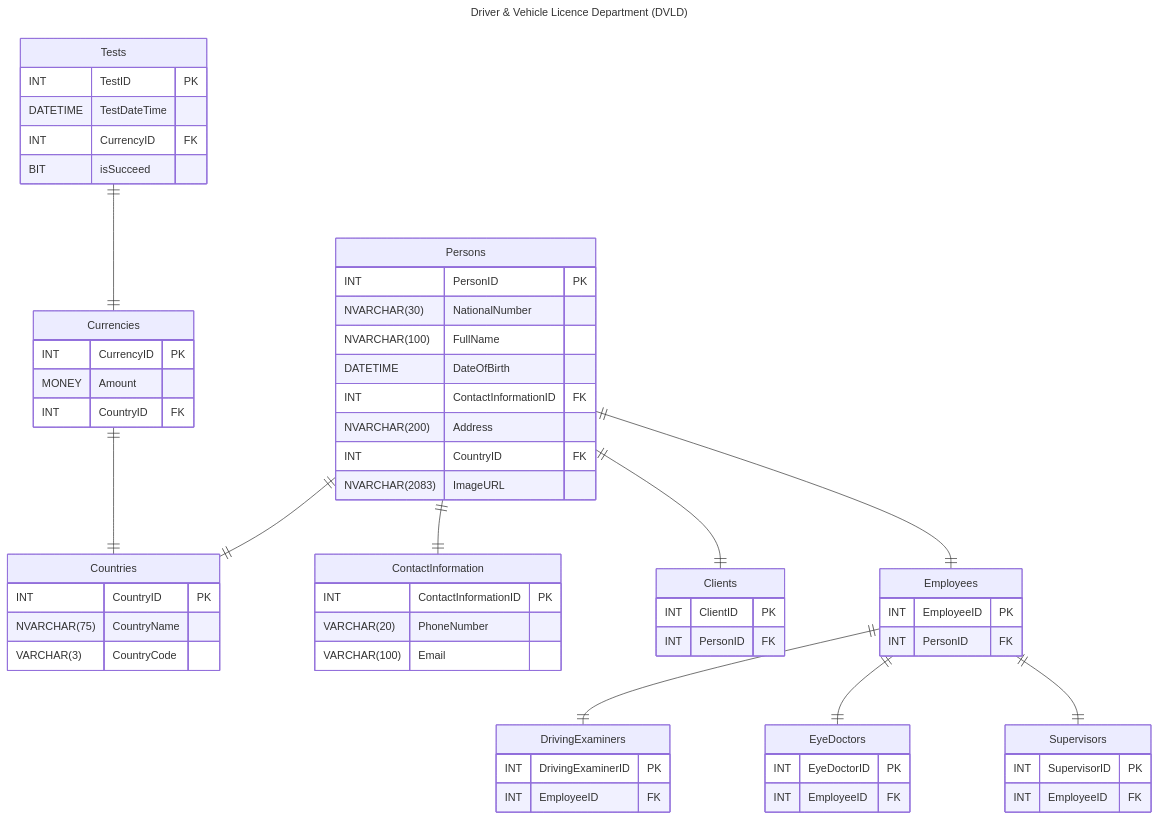
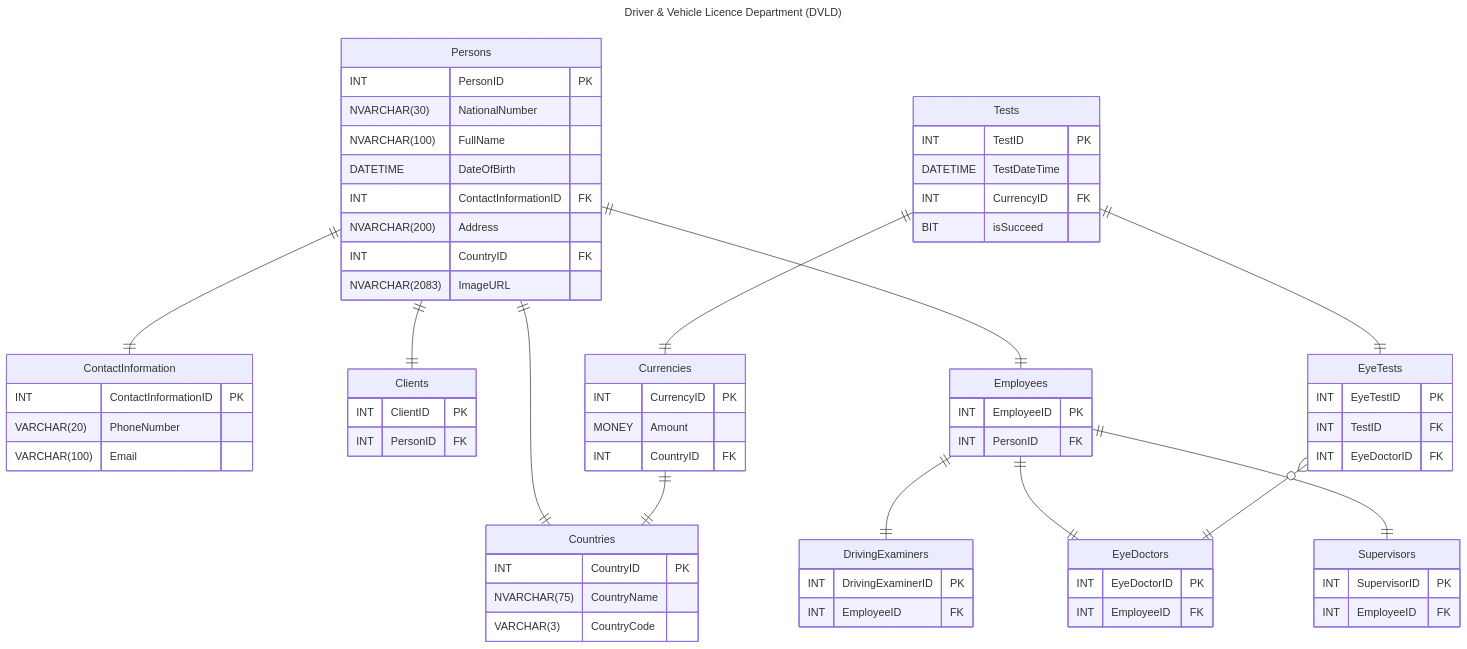
Before and after one commit to M4MD24/Full-Real-Project-by-Programming-Advices: the diagram in RelationalSchema/DriverAndVehicleLicensingDepartment.mmd, drawn with Mermaid.

Commit message:
Create (EyeTests) Tables and Set Relationships

```diff
--- a/RelationalSchema/DriverAndVehicleLicensingDepartment.mmd
+++ b/RelationalSchema/DriverAndVehicleLicensingDepartment.mmd
@@ -1,65 +1,72 @@
 ---
 title: Driver & Vehicle Licence Department (DVLD)
 ---
 erDiagram
     Persons {
         INT PersonID PK
         NVARCHAR(30) NationalNumber
         NVARCHAR(100) FullName
         DATETIME DateOfBirth
         INT ContactInformationID FK
         NVARCHAR(200) Address
         INT CountryID FK
         NVARCHAR(2083) ImageURL
     }
     Countries {
         INT CountryID PK
         NVARCHAR(75) CountryName
         VARCHAR(3) CountryCode
     }
     ContactInformation {
         INT ContactInformationID PK
         VARCHAR(20) PhoneNumber
         VARCHAR(100) Email
     }
     Clients {
         INT ClientID PK
         INT PersonID FK
     }
     Employees {
         INT EmployeeID PK
         INT PersonID FK
     }
     DrivingExaminers {
         INT DrivingExaminerID PK
         INT EmployeeID FK
     }
     EyeDoctors {
         INT EyeDoctorID PK
         INT EmployeeID FK
     }
     Supervisors {
         INT SupervisorID PK
         INT EmployeeID FK
     }
     Currencies {
         INT CurrencyID PK
         MONEY Amount
         INT CountryID FK
     }
     Tests {
         INT TestID PK
         DATETIME TestDateTime
         INT CurrencyID FK
         BIT isSucceed
     }
+    EyeTests {
+        INT EyeTestID PK
+        INT TestID FK
+        INT EyeDoctorID FK
+    }
 
     Persons ||--|| Countries: ""
     Persons ||--|| ContactInformation: ""
     Persons ||--|| Clients: ""
     Persons ||--|| Employees: ""
     Employees ||--|| DrivingExaminers: ""
     Employees ||--|| EyeDoctors: ""
     Employees ||--|| Supervisors: ""
     Tests ||--|| Currencies: ""
     Currencies ||--|| Countries: ""
+    Tests ||--|| EyeTests: ""
+    EyeTests }o--|| EyeDoctors: ""
```
